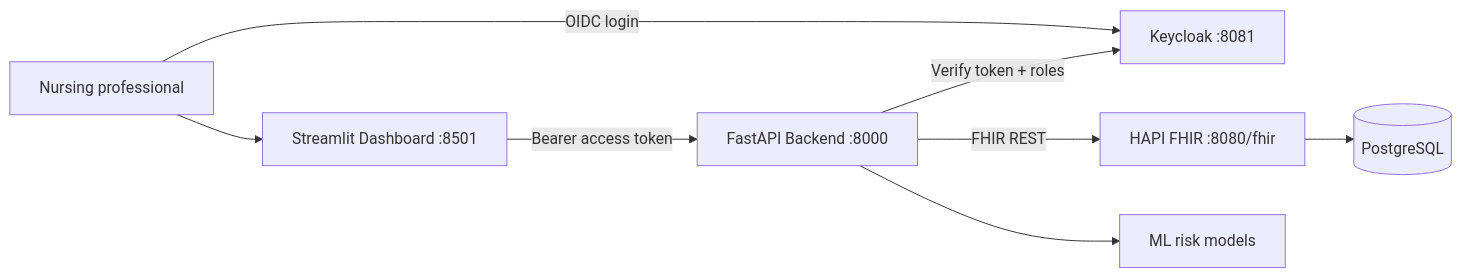
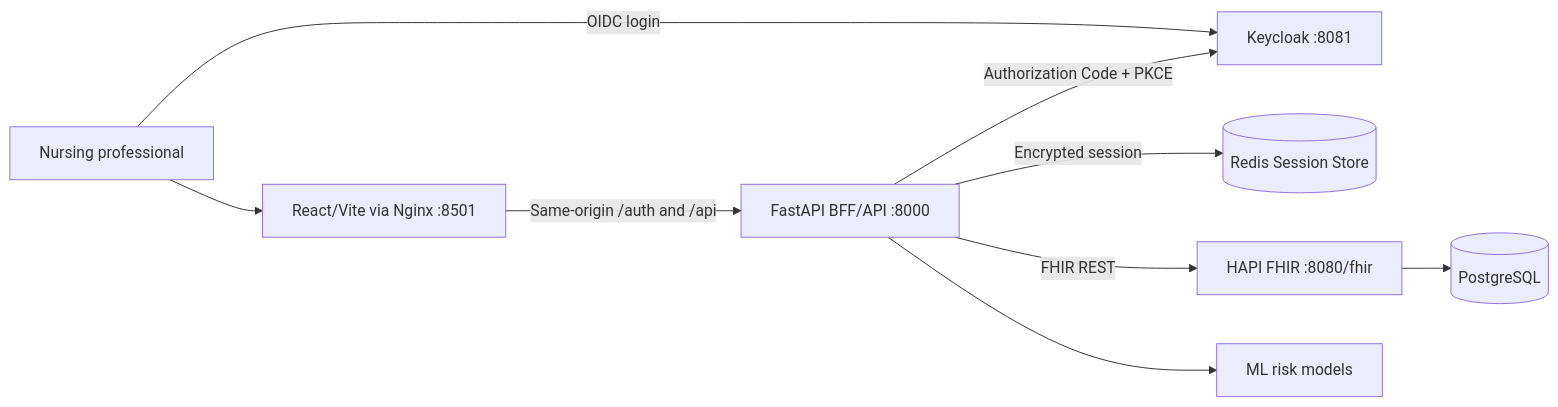
The second of 2 diagrams in README.md (DeveloperRucel07/nurse_monitoring_fhir), drawn with Mermaid before and after one commit. The commit also changed other lines of this file and 49 other files, not shown here.

````diff
--- a/README.md
+++ b/README.md
@@ -237,10 +244,11 @@
 ```mermaid
 flowchart LR
 		U[Nursing professional] -->|OIDC login| KC[Keycloak :8081]
-		U --> FE[Streamlit Dashboard :8501]
-		FE -->|Bearer access token| BE[FastAPI Backend :8000]
-		BE -->|Verify token + roles| KC
+		U --> FE[React/Vite via Nginx :8501]
+		FE -->|Same-origin /auth and /api| BE[FastAPI BFF/API :8000]
+		BE -->|Authorization Code + PKCE| KC
+		BE -->|Encrypted session| SS[(Redis Session Store)]
 		BE -->|FHIR REST| FHIR[HAPI FHIR :8080/fhir]
 		BE --> ML[ML risk models]
 		FHIR --> DB[(PostgreSQL)]
 ```
````
